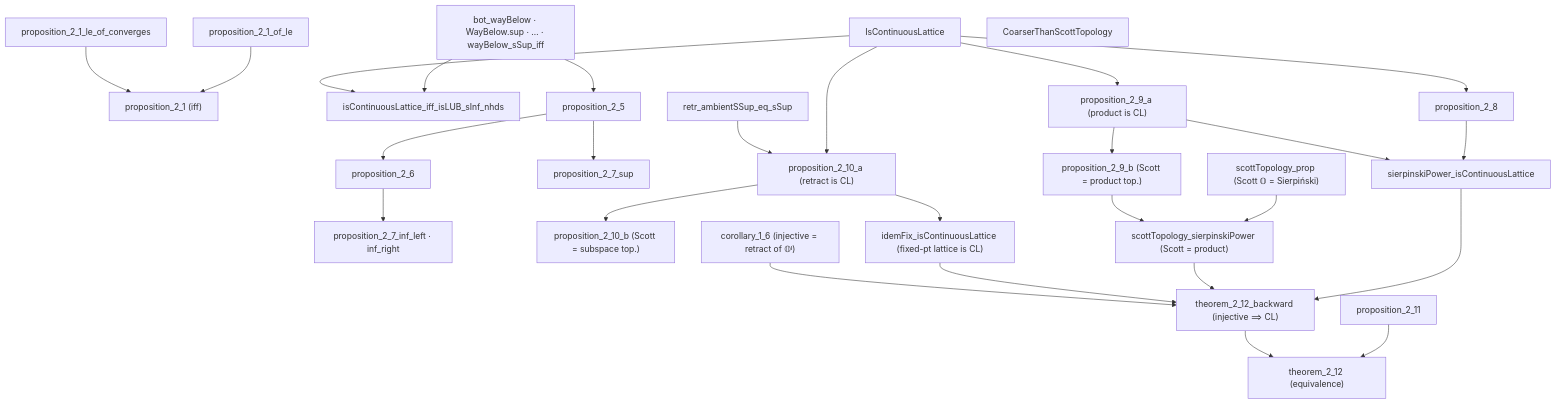
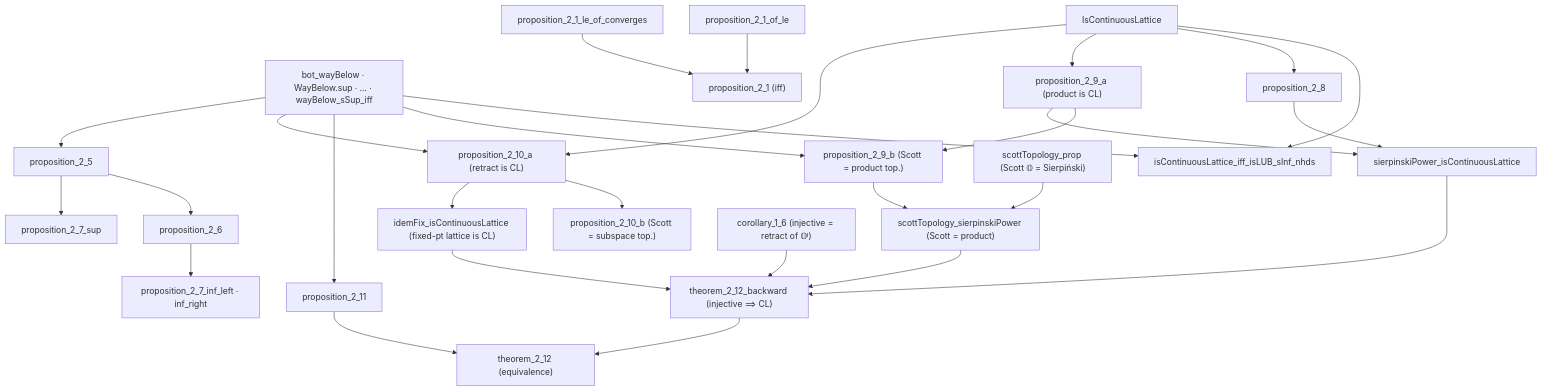
One commit to catskillsresearch/scott1972 changed the third of 5 diagrams in arxiv.md. Above: the diagram before and after it, drawn with Mermaid. The commit also changed other lines of this file and 4 other files, not shown here.

````diff
--- a/arxiv.md
+++ b/arxiv.md
@@ -248,54 +247,54 @@
 ```mermaid
 flowchart TD
   P22["bot_wayBelow · WayBelow.sup · … · wayBelow_sSup_iff"]
   P21b["proposition_2_1_of_le"]
   P21f["proposition_2_1_le_of_converges"]
   P21["proposition_2_1 (iff)"]
   D23["IsContinuousLattice"]
   P24["isContinuousLattice_iff_isLUB_sInf_nhds"]
   P25["proposition_2_5"]
   P26["proposition_2_6"]
   P27s["proposition_2_7_sup"]
   P27i["proposition_2_7_inf_left · inf_right"]
   P28["proposition_2_8"]
   P29a["proposition_2_9_a (product is CL)"]
   P29b["proposition_2_9_b (Scott = product top.)"]
   P210a["proposition_2_10_a (retract is CL)"]
   P210b["proposition_2_10_b (Scott = subspace top.)"]
-  P210L["retr_ambientSSup_eq_sSup"]
   P211["proposition_2_11"]
   SCP["scottTopology_prop (Scott 𝕆 = Sierpiński)"]
   SPCL["sierpinskiPower_isContinuousLattice"]
   SCPP["scottTopology_sierpinskiPower (Scott = product)"]
   IDEM["idemFix_isContinuousLattice (fixed-pt lattice is CL)"]
   C16["corollary_1_6 (injective = retract of 𝕆ᴵ)"]
   T212b["theorem_2_12_backward (injective ⟹ CL)"]
   T212["theorem_2_12 (equivalence)"]
-  MIL["CoarserThanScottTopology"]
 
   P22 --> P24
+  P22 --> P29b
+  P22 --> P211
+  P22 --> P210a
   D23 --> P24
   P22 --> P25
   P25 --> P26
   P26 --> P27i
   P25 --> P27s
   D23 --> P28
   D23 --> P29a
   P29a --> P29b
   D23 --> P210a
-  P210L --> P210a
   P210a --> P210b
   P28 --> SPCL
   P29a --> SPCL
   SCP --> SCPP
   P29b --> SCPP
   P210a --> IDEM
   SPCL --> T212b
   SCPP --> T212b
   IDEM --> T212b
   C16 --> T212b
   P211 --> T212
   T212b --> T212
   P21b --> P21
   P21f --> P21
 ```
````
